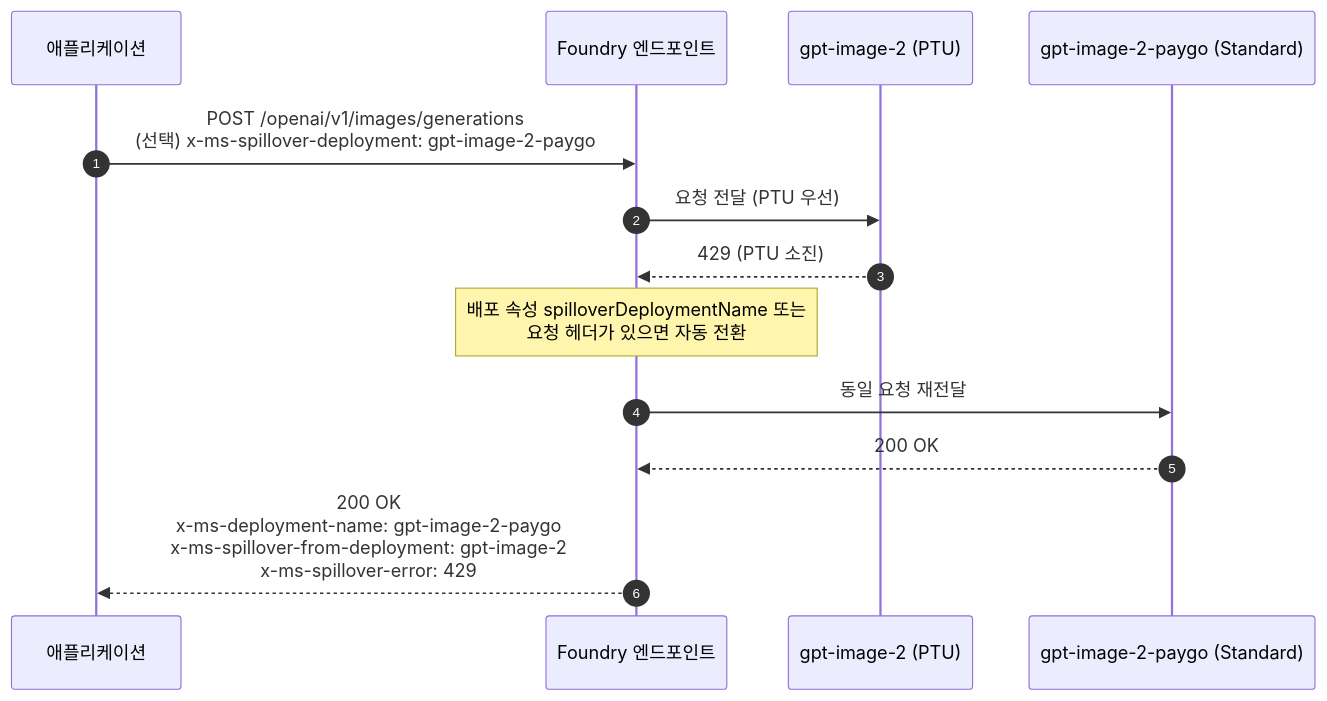
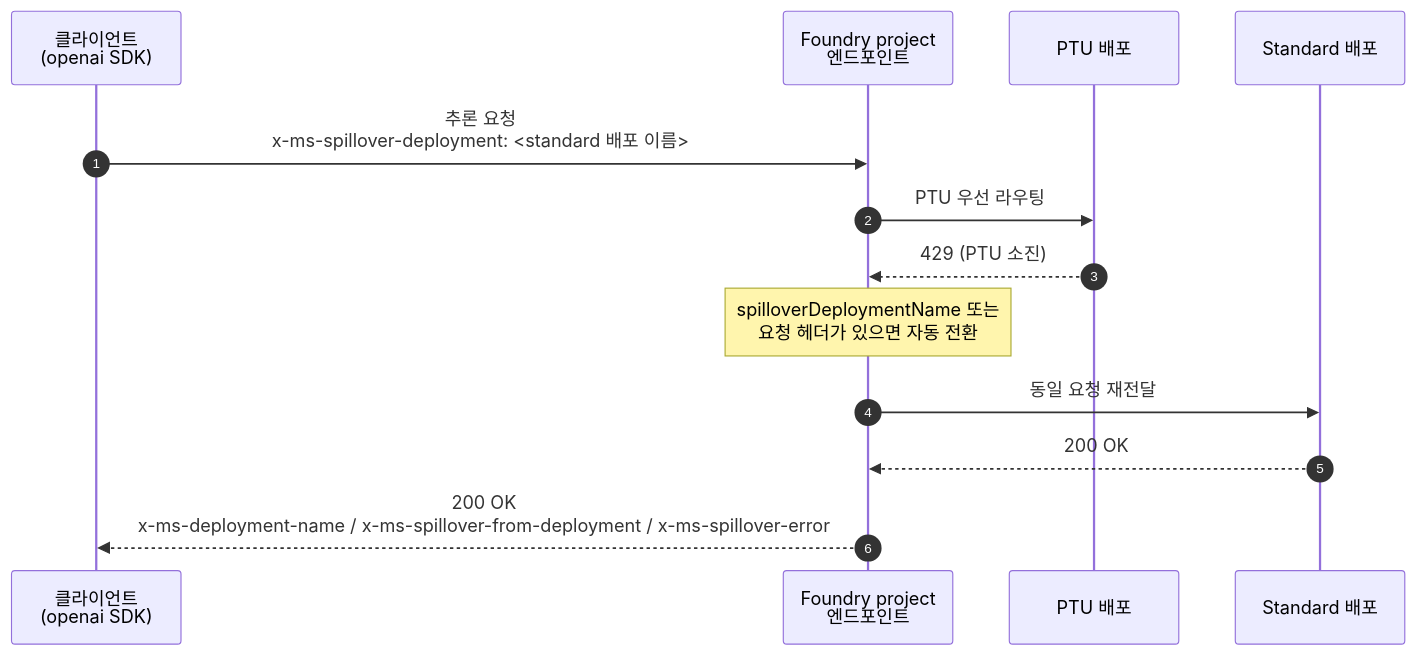
Before and after one commit to ivorycloud1013/lab-azure-guide-foundry-ptu: the fifth of 6 diagrams in README.md, drawn with Mermaid. The commit also changed other lines of this file, not shown here.

````diff
--- a/README.md
+++ b/README.md
@@ -377,16 +363,16 @@
 ```mermaid
 sequenceDiagram
     autonumber
-    participant App as 애플리케이션
-    participant FE as Foundry 엔드포인트
-    participant PTU as gpt-image-2 (PTU)
-    participant STD as gpt-image-2-paygo (Standard)
+    participant Client as 클라이언트<br/>(openai SDK)
+    participant EP as Foundry project<br/>엔드포인트
+    participant PTU as PTU 배포
+    participant STD as Standard 배포
 
-    App->>FE: POST /openai/v1/images/generations<br/>(선택) x-ms-spillover-deployment: gpt-image-2-paygo
-    FE->>PTU: 요청 전달 (PTU 우선)
-    PTU-->>FE: 429 (PTU 소진)
-    Note over FE: 배포 속성 spilloverDeploymentName 또는<br/>요청 헤더가 있으면 자동 전환
-    FE->>STD: 동일 요청 재전달
-    STD-->>FE: 200 OK
-    FE-->>App: 200 OK<br/>x-ms-deployment-name: gpt-image-2-paygo<br/>x-ms-spillover-from-deployment: gpt-image-2<br/>x-ms-spillover-error: 429
+    Client->>EP: 추론 요청<br/>x-ms-spillover-deployment: <standard 배포 이름>
+    EP->>PTU: PTU 우선 라우팅
+    PTU-->>EP: 429 (PTU 소진)
+    Note over EP: spilloverDeploymentName 또는<br/>요청 헤더가 있으면 자동 전환
+    EP->>STD: 동일 요청 재전달
+    STD-->>EP: 200 OK
+    EP-->>Client: 200 OK<br/>x-ms-deployment-name / x-ms-spillover-from-deployment / x-ms-spillover-error
 ```
````
